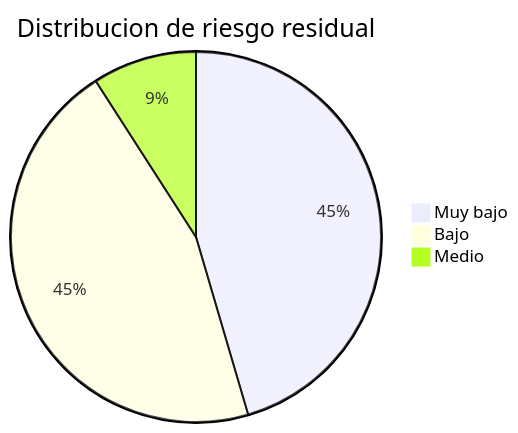
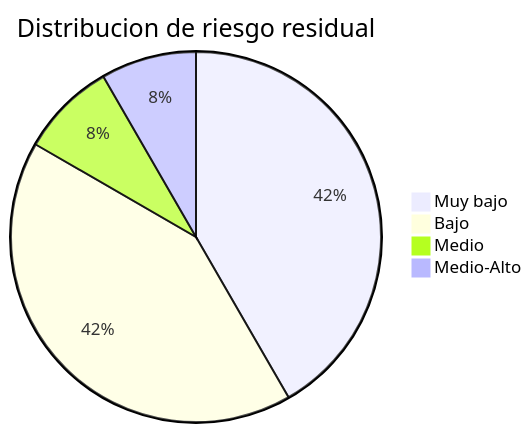
Before and after one commit to jorgej-ramos/AAVP: diagram 22 of 22 in PROTOCOL.md, drawn with Mermaid. The commit also changed other lines of this file and 4 other files, not shown here.

````diff
--- a/PROTOCOL.md
+++ b/PROTOCOL.md
@@ -1205,6 +1385,7 @@
 ```mermaid
 pie title Distribucion de riesgo residual
     "Muy bajo" : 5
     "Bajo" : 5
     "Medio" : 1
+    "Medio-Alto" : 1
 ```
````
